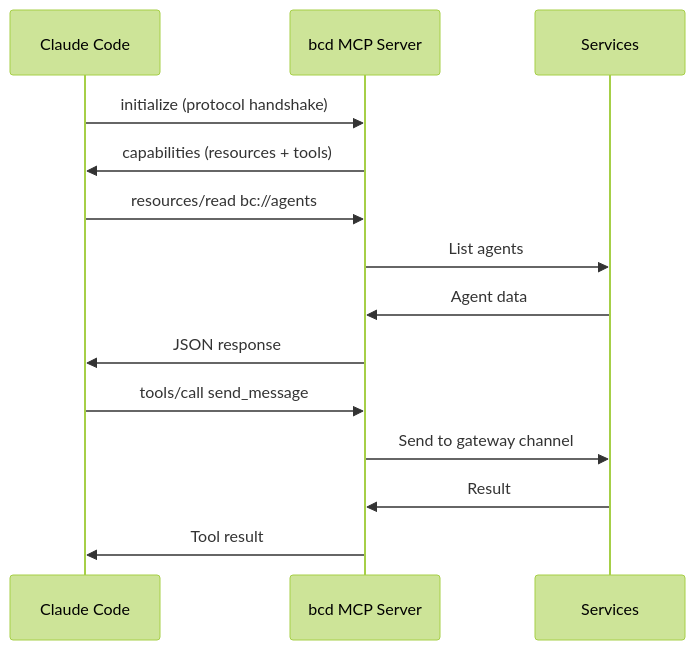
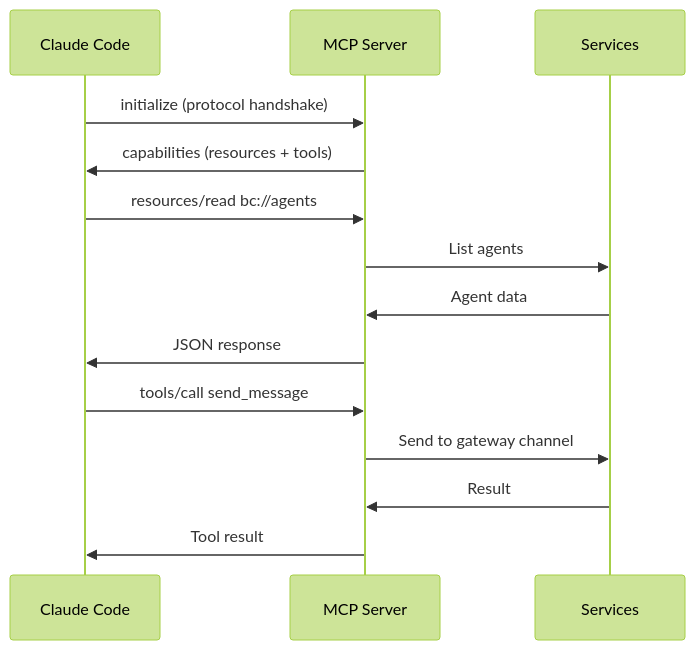
The fourth of 5 diagrams in docs/explanation/networking.md (rpuneet/bc), drawn with Mermaid (forest theme) before and after one commit. The commit also changed other lines of this file and 6 other files, not shown here.

First line of the commit message:
docs(architecture): accuracy pass over security, networking, agents, ADRs, ci-cd, overview, notifications (#3251 part B)

````diff
--- a/docs/explanation/networking.md
+++ b/docs/explanation/networking.md
@@ -89,19 +89,19 @@
 ```mermaid
 sequenceDiagram
     participant Agent as Claude Code
-    participant MCP as bcd MCP Server
+    participant MCP as MCP Server
     participant Svc as Services
 
     Agent->>MCP: initialize (protocol handshake)
     MCP->>Agent: capabilities (resources + tools)
 
     Agent->>MCP: resources/read bc://agents
     MCP->>Svc: List agents
     Svc->>MCP: Agent data
     MCP->>Agent: JSON response
 
     Agent->>MCP: tools/call send_message
     MCP->>Svc: Send to gateway channel
     Svc->>MCP: Result
     MCP->>Agent: Tool result
 ```
````
